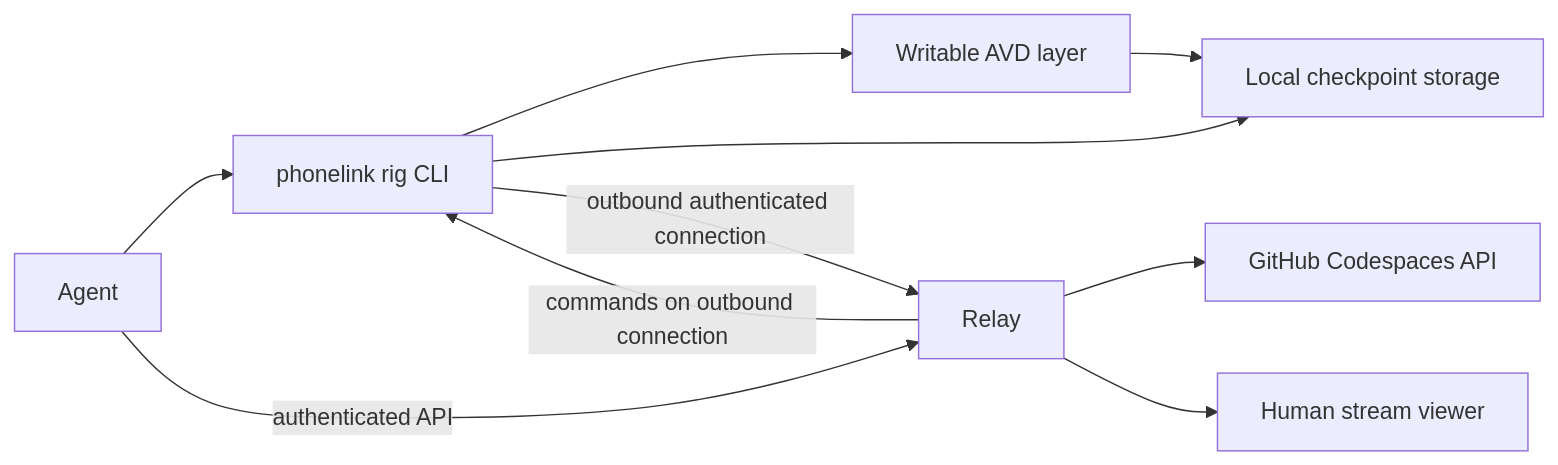
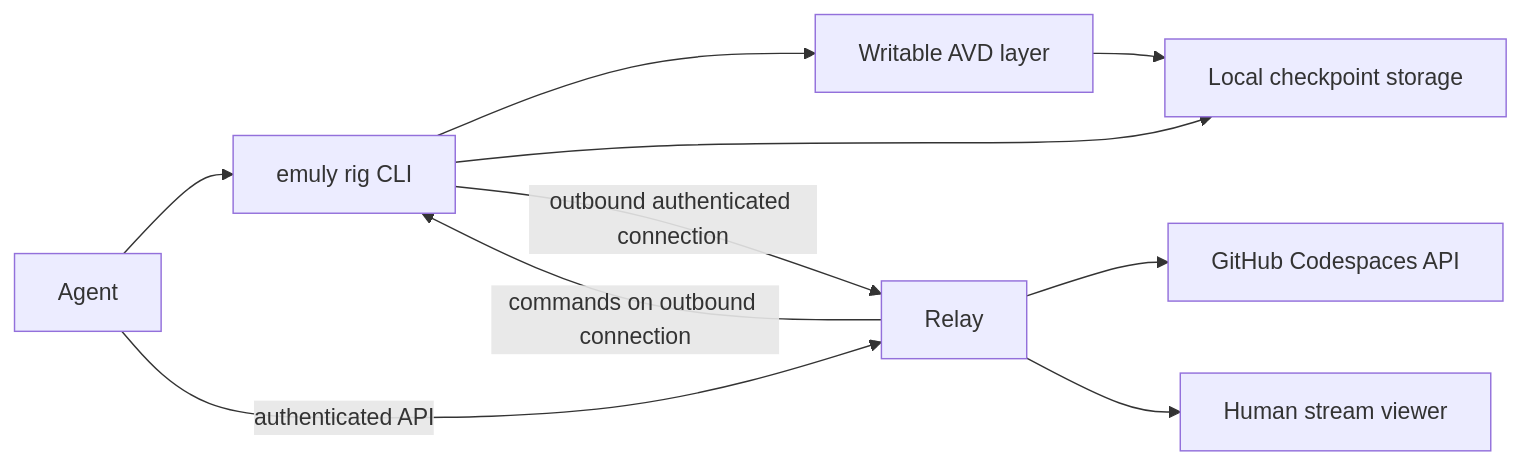
Before and after one commit to codewarnab/emuly: the second of 4 diagrams in docs/PLAN-KEEP.md, drawn with Mermaid. The commit also changed other lines of this file and 80 other files, not shown here.

````diff
--- a/docs/PLAN-KEEP.md
+++ b/docs/PLAN-KEEP.md
@@ -22,12 +22,12 @@
 ```mermaid
 flowchart LR
-    A[Agent] --> C[phonelink rig CLI]
+    A[Agent] --> C[emuly rig CLI]
     C --> V[Writable AVD layer]
     V --> S[Local checkpoint storage]
     C --> S
     C -->|outbound authenticated connection| R[Relay]
     A -->|authenticated API| R
     R --> G[GitHub Codespaces API]
     R -->|commands on outbound connection| C
     R --> H[Human stream viewer]
 ```
````
